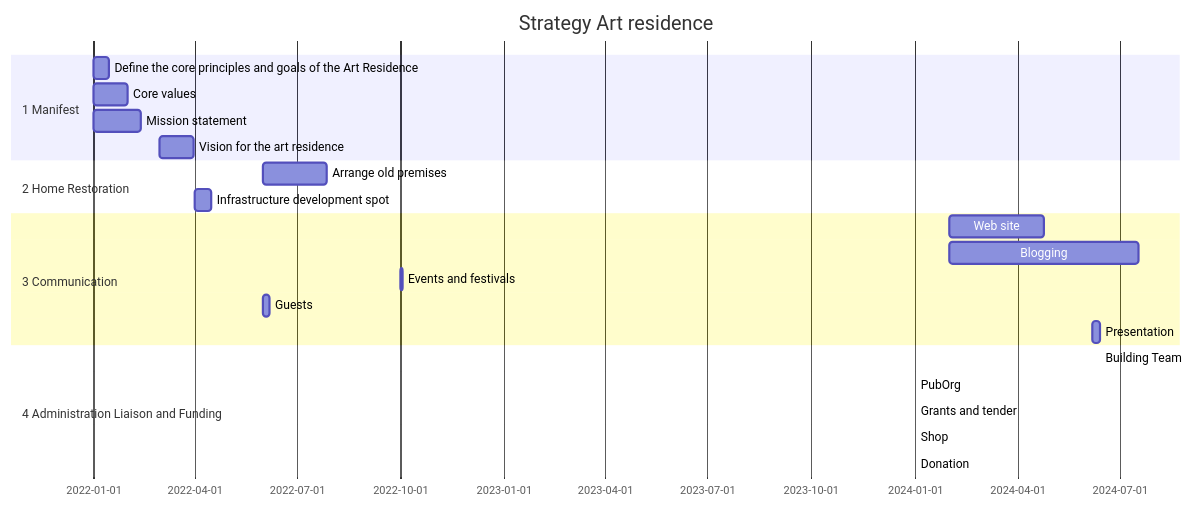
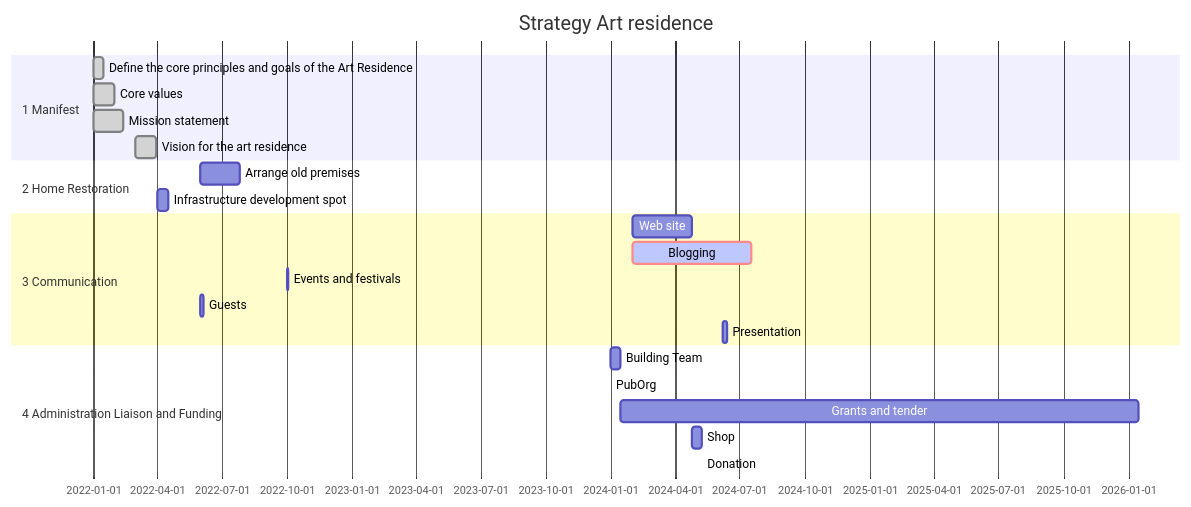
One commit to Yarema91/Blockscheme- changed the second of 2 diagrams in Flowchart-Timeline.md. Above: the diagram before and after it, drawn with Mermaid.

````diff
--- a/Flowchart-Timeline.md
+++ b/Flowchart-Timeline.md
@@ -49,25 +49,25 @@
 ```mermaid
 gantt
   title Strategy Art residence
   dateFormat YYYY
   section 1 Manifest
-    Define the core principles and goals of the Art Residence:2022-01-01, 14d
-     Core values: 2022-01-01, 30d
-    Mission statement: 2022-01-01, 6w
-    Vision for the art residence: 2022-03-01, 30d
+    Define the core principles and goals of the Art Residence: done, 2022-01-01, 14d
+     Core values: done, 2022-01-01, 30d
+    Mission statement: done, 2022-01-01, 6w
+    Vision for the art residence: done, 2022-03-01, 30d
   section 2 Home Restoration
     Arrange old premises :  2022-06-01, 8w
     Infrastructure development spot: 2022-04-01, 15d
   section 3 Communication
-    Web site:  2024-02-01, 12w
-    Blogging: 2024-02-01, 24w
+    Web site:  site, 2024-02-01, 12w
+    Blogging: crit, active, 2024-02-01, 24w
     Events and festivals: 2022-10-01, 2d
     Guests: 2022-06-01, 5d
     Presentation: 2024-06-07, 1w
    section 4 Administration Liaison and Funding
-     Building Team: 2024-01-01
+     Building Team: team, 2024-01-01,2w
      PubOrg: 2024
-     Grants and tender: 2024-09
-     Shop: 2024-10
+     Grants and tender: after team, 2y
+     Shop: after site, 2w
      Donation: 2024-02
 ```
````
